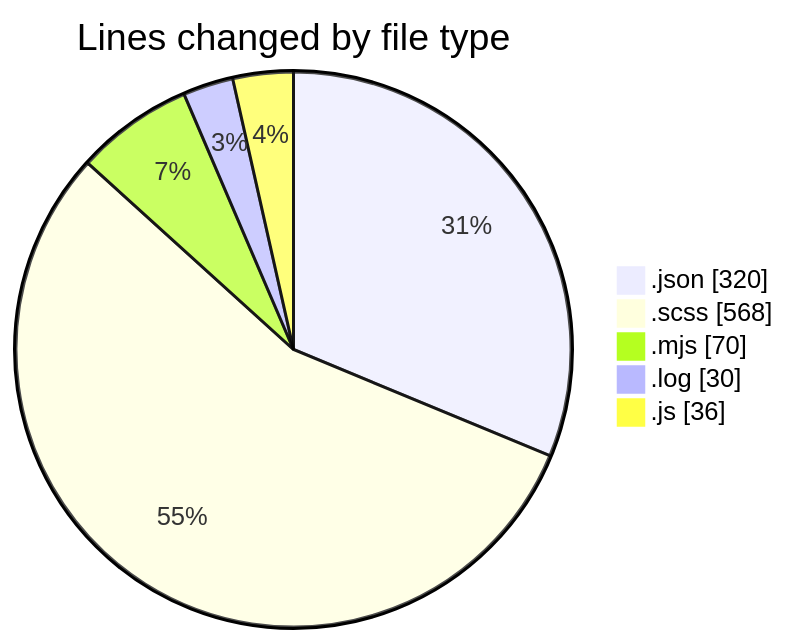
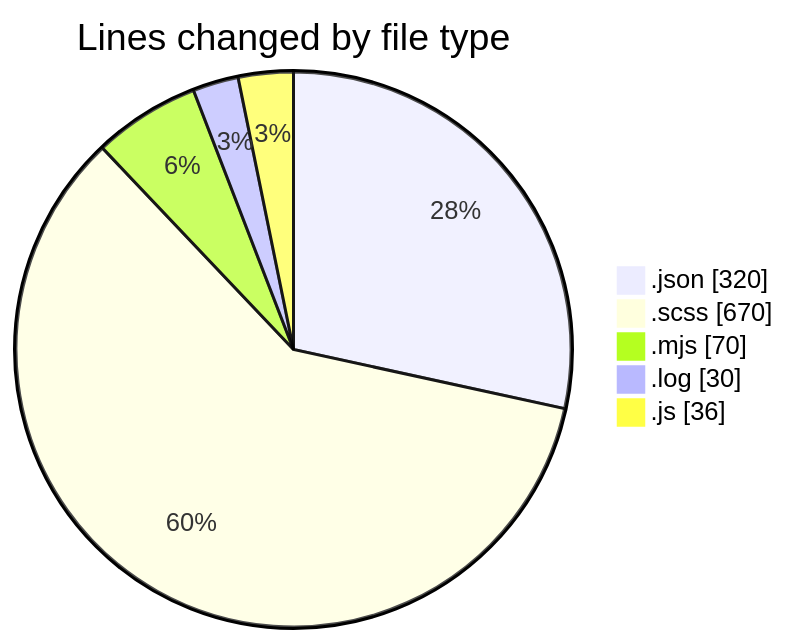
One commit to momahboobian/code-tracking changed the first of 2 diagrams in 2026-08-12/cda/README.md. Above: the diagram before and after it, drawn with Mermaid. The commit also changed other lines of this file and 1 other file, not shown here.

````diff
--- a/2026-08-12/cda/README.md
+++ b/2026-08-12/cda/README.md
@@ -29,9 +30,9 @@
 ```mermaid
 pie showData
 title Lines changed by file type
 ".json" : 320
-".scss" : 568
+".scss" : 670
 ".mjs" : 70
 ".log" : 30
 ".js" : 36
 ```
````
